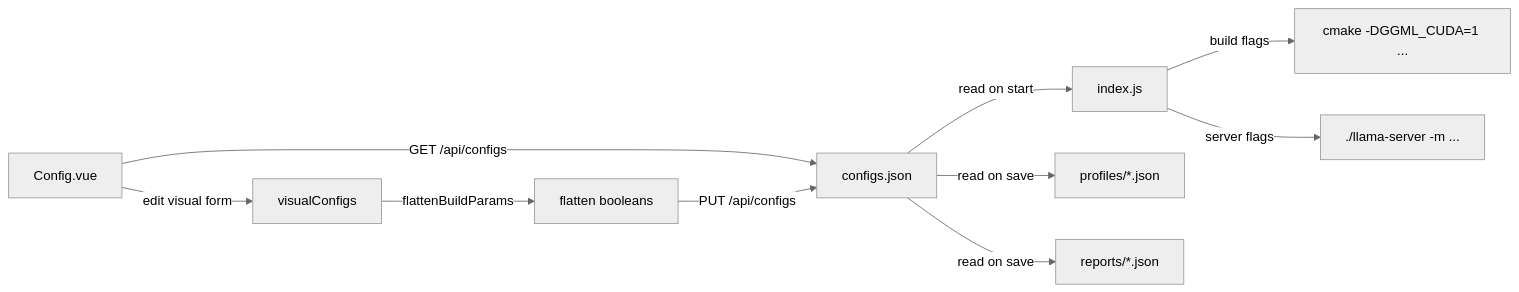
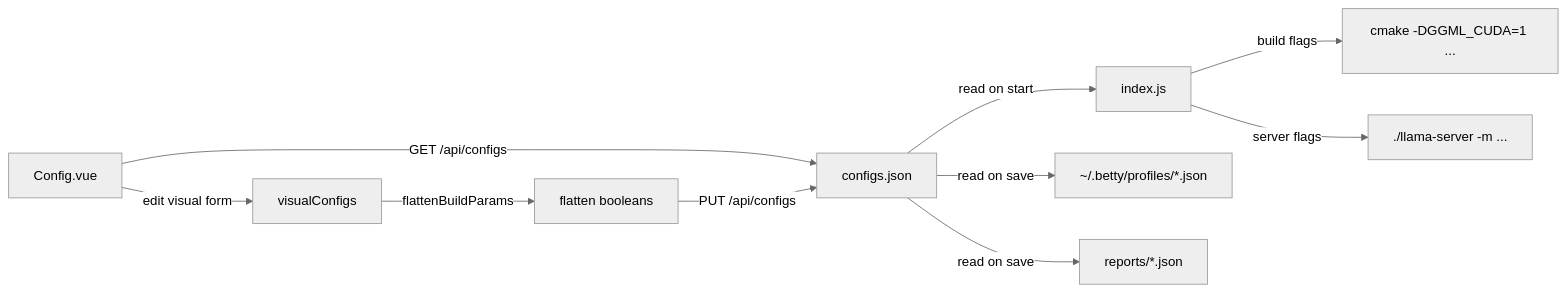
Before and after one commit to mepis/betty: the second of 2 diagrams in library/topics/betty-configuration/index.md, drawn with Mermaid (neutral theme). The commit also changed other lines of this file and 10 other files, not shown here.

First line of the commit message:
refactor: move profiles directory from project-local to ~/.betty/profiles/

````diff
--- a/library/topics/betty-configuration/index.md
+++ b/library/topics/betty-configuration/index.md
@@ -222,12 +222,12 @@
 ```mermaid
 graph LR
     UI[Config.vue] -->|GET /api/configs| File[configs.json]
     UI -->|edit visual form| Temp[visualConfigs]
     Temp -->|flattenBuildParams| Flat[flatten booleans]
     Flat -->|PUT /api/configs| File
     File -->|read on start| Runner[index.js]
     Runner -->|build flags| CMake[cmake -DGGML_CUDA=1 ...]
     Runner -->|server flags| Server[./llama-server -m ...]
-    File -->|read on save| Profile[profiles/*.json]
+    File -->|read on save| Profile[~/.betty/profiles/*.json]
     File -->|read on save| Report[reports/*.json]
 ```
````
